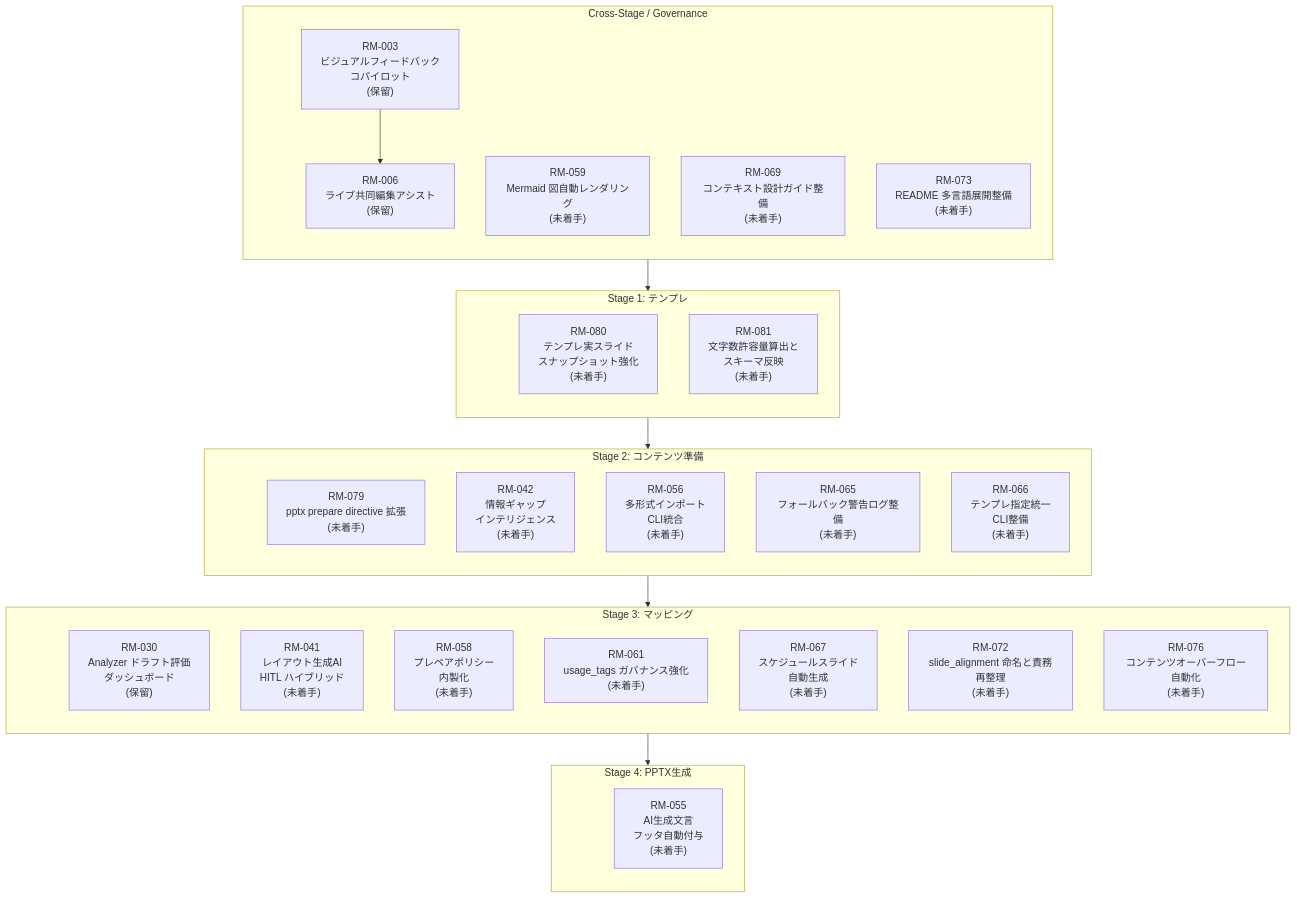
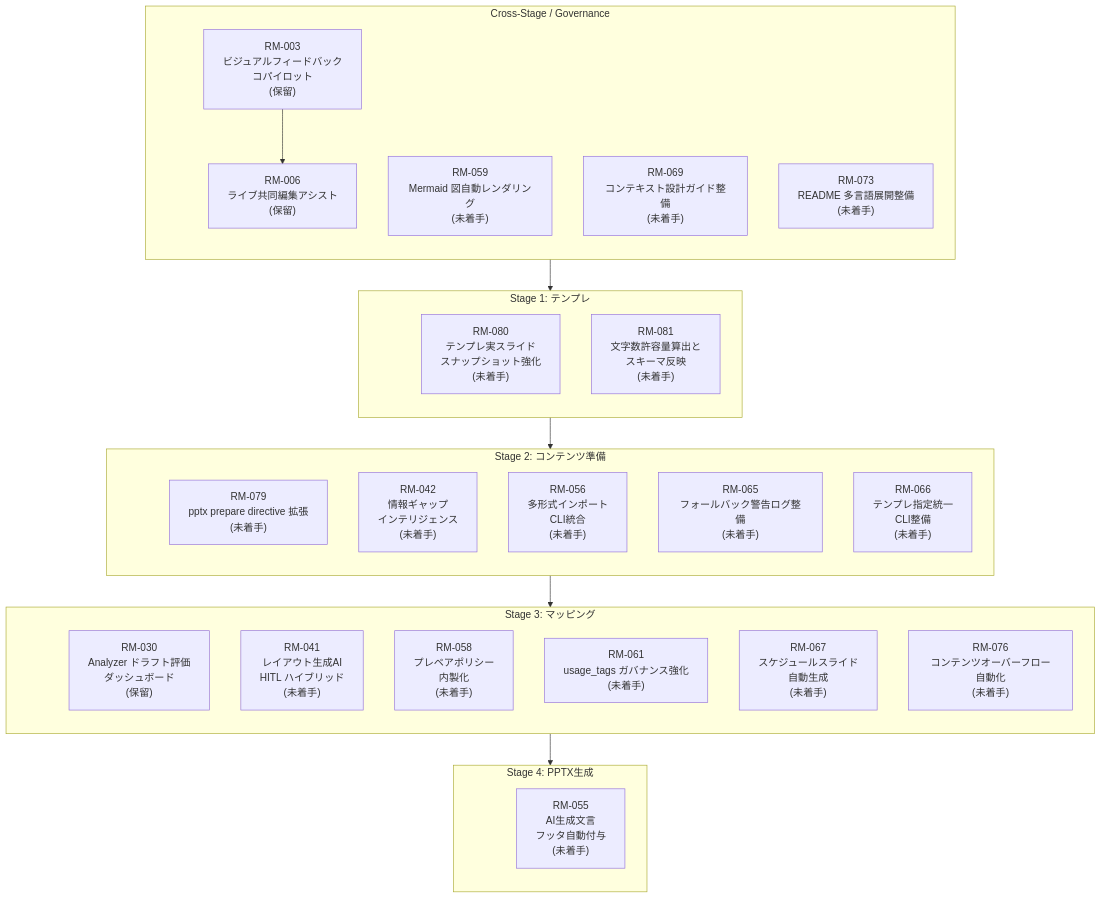
Before and after one commit to yurake/pptx_generator: the diagram in docs/roadmap/roadmap.md, drawn with Mermaid. The commit also changed other lines of this file and 35 other files, not shown here.

First line of the commit message:
refactor: RM-072 slide-ai naming alignment (#331)

````diff
--- a/docs/roadmap/roadmap.md
+++ b/docs/roadmap/roadmap.md
@@ -25,57 +25,56 @@
 ```mermaid
 flowchart TB
     subgraph GOV["Cross-Stage / Governance"]
         direction TB
         GOV_ANCHOR(( ))
         RM003["RM-003<br/>ビジュアルフィードバック<br/>コパイロット<br/>(保留)"]
         RM006["RM-006<br/>ライブ共同編集アシスト<br/>(保留)"]
         RM059["RM-059<br/>Mermaid 図自動レンダリング<br/>(未着手)"]
         RM069["RM-069<br/>コンテキスト設計ガイド整備<br/>(未着手)"]
         RM073["RM-073<br/>README 多言語展開整備<br/>(未着手)"]
     end
 
     subgraph ST1["Stage 1: テンプレ"]
         direction TB
         ST1_ANCHOR(( ))
         RM080["RM-080<br/>テンプレ実スライド<br/>スナップショット強化<br/>(未着手)"]
         RM081["RM-081<br/>文字数許容量算出と<br/>スキーマ反映<br/>(未着手)"]
     end
 
     subgraph ST2["Stage 2: コンテンツ準備"]
         direction TB
         ST2_ANCHOR(( ))
         RM079["RM-079<br/>pptx prepare directive 拡張<br/>(未着手)"]
         RM042["RM-042<br/>情報ギャップ<br/>インテリジェンス<br/>(未着手)"]
         RM056["RM-056<br/>多形式インポート<br/>CLI統合<br/>(未着手)"]
         RM065["RM-065<br/>フォールバック警告ログ整備<br/>(未着手)"]
         RM066["RM-066<br/>テンプレ指定統一<br/>CLI整備<br/>(未着手)"]
     end
 
     subgraph ST3["Stage 3: マッピング"]
         direction TB
         ST3_ANCHOR(( ))
         RM030["RM-030<br/>Analyzer ドラフト評価<br/>ダッシュボード<br/>(保留)"]
         RM041["RM-041<br/>レイアウト生成AI<br/>HITL ハイブリッド<br/>(未着手)"]
         RM058["RM-058<br/>プレペアポリシー<br/>内製化<br/>(未着手)"]
         RM061["RM-061<br/>usage_tags ガバナンス強化<br/>(未着手)"]
         RM067["RM-067<br/>スケジュールスライド<br/>自動生成<br/>(未着手)"]
-        RM072["RM-072<br/>slide_alignment 命名と責務再整理<br/>(未着手)"]
         RM076["RM-076<br/>コンテンツオーバーフロー自動化<br/>(未着手)"]
     end
 
     subgraph ST4["Stage 4: PPTX生成"]
         direction TB
         ST4_ANCHOR(( ))
         RM055["RM-055<br/>AI生成文言<br/>フッタ自動付与<br/>(未着手)"]
     end
 
     style GOV_ANCHOR fill:transparent,stroke:transparent
     style ST1_ANCHOR fill:transparent,stroke:transparent
     style ST2_ANCHOR fill:transparent,stroke:transparent
     style ST3_ANCHOR fill:transparent,stroke:transparent
     style ST4_ANCHOR fill:transparent,stroke:transparent
 
     GOV_ANCHOR --> ST1_ANCHOR --> ST2_ANCHOR --> ST3_ANCHOR --> ST4_ANCHOR
 
     RM003 --> RM006
 ```
````
